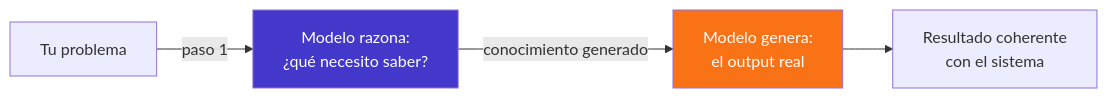
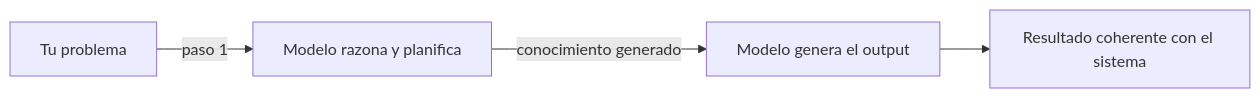
Before and after one commit to rcm-on/quarz-blog: the first of 2 diagrams in content/04 Arquitectura IA/genera-el-plan-primero.md, drawn with Mermaid. The commit also changed 15 other files, not shown here.

````diff
--- a/content/04 Arquitectura IA/genera-el-plan-primero.md
+++ b/content/04 Arquitectura IA/genera-el-plan-primero.md
@@ -22,9 +22,7 @@
 ```mermaid
 graph LR
-    P[Tu problema] -->|paso 1| R["Modelo razona:\n¿qué necesito saber?"]
-    R -->|conocimiento generado| G["Modelo genera:\nel output real"]
-    G --> O[Resultado coherente\ncon el sistema]
+    P[Tu problema] -->|paso 1| R[Modelo razona y planifica]
+    R -->|conocimiento generado| G[Modelo genera el output]
+    G --> O[Resultado coherente con el sistema]
 
-    style R fill:#4338ca,color:#fff
-    style G fill:#f97316,color:#fff
 ```
````
